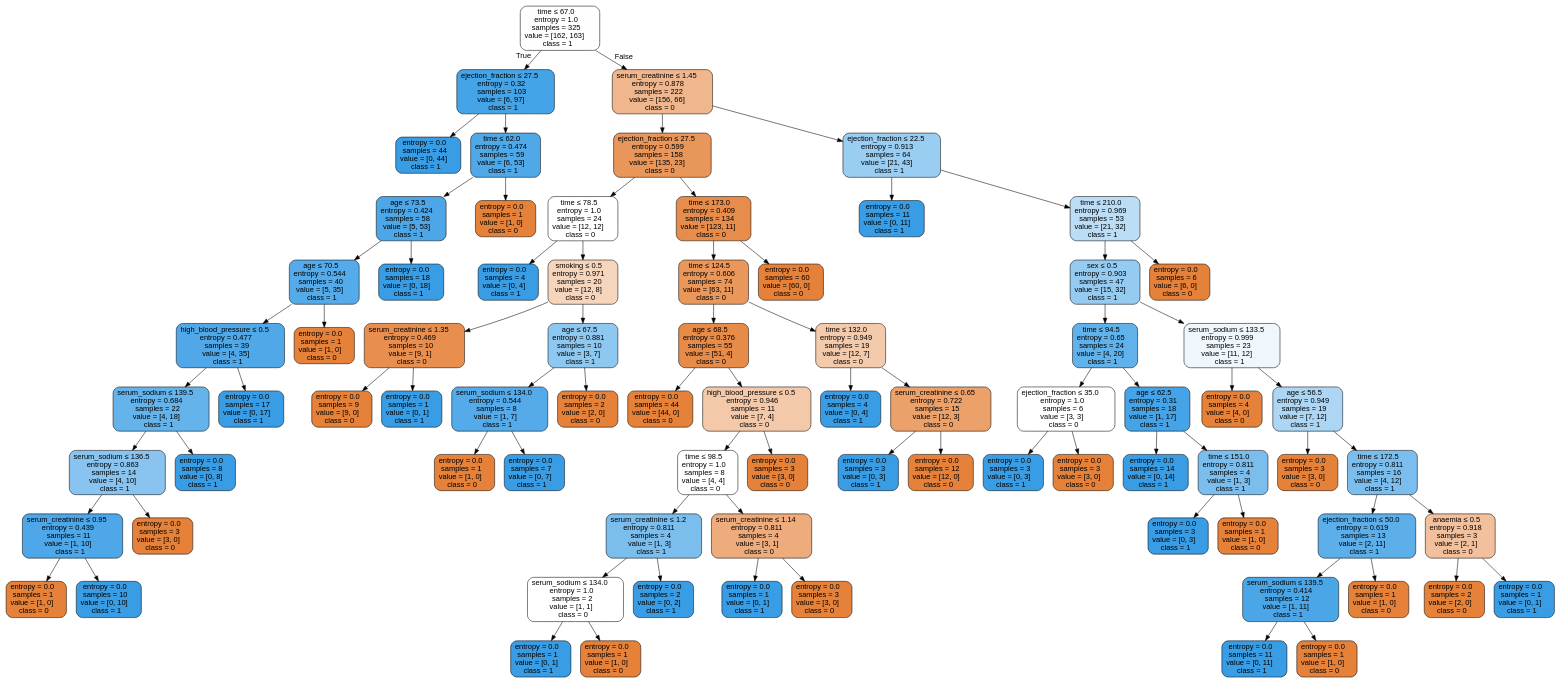
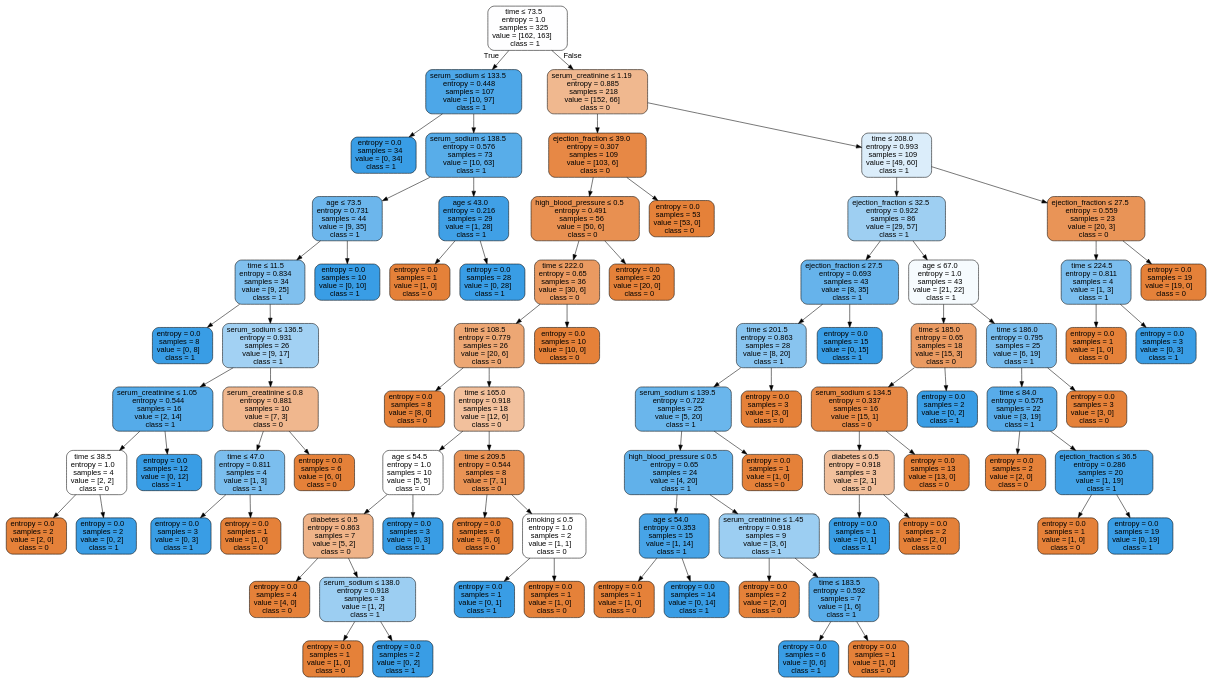
One commit to isabelSoares/CD-2021 changed the diagram in Labs/NewClassifiers/Results/DecisionTrees/SMOTE/ - No Outliers & Feature Selection/HFCR - SMOTE - dtree.dot. Above: the diagram before and after it, drawn with Graphviz. The commit also changed 275 other files, not shown here.

```diff
--- a/Labs/NewClassifiers/Results/DecisionTrees/SMOTE/ - No Outliers & Feature Selection/HFCR - SMOTE - dtree.dot
+++ b/Labs/NewClassifiers/Results/DecisionTrees/SMOTE/ - No Outliers & Feature Selection/HFCR - SMOTE - dtree.dot
@@ -1,161 +1,165 @@
 digraph Tree {
 node [shape=box, style="filled, rounded", color="black", fontname=helvetica] ;
 edge [fontname=helvetica] ;
-0 [label=<time &le; 67.0<br/>entropy = 1.0<br/>samples = 325<br/>value = [162, 163]<br/>class = 1>, fillcolor="#fefeff"] ;
-1 [label=<ejection_fraction &le; 27.5<br/>entropy = 0.32<br/>samples = 103<br/>value = [6, 97]<br/>class = 1>, fillcolor="#45a3e7"] ;
+0 [label=<time &le; 73.5<br/>entropy = 1.0<br/>samples = 325<br/>value = [162, 163]<br/>class = 1>, fillcolor="#fefeff"] ;
+1 [label=<serum_sodium &le; 133.5<br/>entropy = 0.448<br/>samples = 107<br/>value = [10, 97]<br/>class = 1>, fillcolor="#4da7e8"] ;
 0 -> 1 [labeldistance=2.5, labelangle=45, headlabel="True"] ;
-2 [label=<entropy = 0.0<br/>samples = 44<br/>value = [0, 44]<br/>class = 1>, fillcolor="#399de5"] ;
+2 [label=<entropy = 0.0<br/>samples = 34<br/>value = [0, 34]<br/>class = 1>, fillcolor="#399de5"] ;
 1 -> 2 ;
-3 [label=<time &le; 62.0<br/>entropy = 0.474<br/>samples = 59<br/>value = [6, 53]<br/>class = 1>, fillcolor="#4fa8e8"] ;
+3 [label=<serum_sodium &le; 138.5<br/>entropy = 0.576<br/>samples = 73<br/>value = [10, 63]<br/>class = 1>, fillcolor="#58ade9"] ;
 1 -> 3 ;
-4 [label=<age &le; 73.5<br/>entropy = 0.424<br/>samples = 58<br/>value = [5, 53]<br/>class = 1>, fillcolor="#4ca6e7"] ;
+4 [label=<age &le; 73.5<br/>entropy = 0.731<br/>samples = 44<br/>value = [9, 35]<br/>class = 1>, fillcolor="#6cb6ec"] ;
 3 -> 4 ;
-5 [label=<age &le; 70.5<br/>entropy = 0.544<br/>samples = 40<br/>value = [5, 35]<br/>class = 1>, fillcolor="#55abe9"] ;
+5 [label=<time &le; 11.5<br/>entropy = 0.834<br/>samples = 34<br/>value = [9, 25]<br/>class = 1>, fillcolor="#80c0ee"] ;
 4 -> 5 ;
-6 [label=<high_blood_pressure &le; 0.5<br/>entropy = 0.477<br/>samples = 39<br/>value = [4, 35]<br/>class = 1>, fillcolor="#50a8e8"] ;
+6 [label=<entropy = 0.0<br/>samples = 8<br/>value = [0, 8]<br/>class = 1>, fillcolor="#399de5"] ;
 5 -> 6 ;
-7 [label=<serum_sodium &le; 139.5<br/>entropy = 0.684<br/>samples = 22<br/>value = [4, 18]<br/>class = 1>, fillcolor="#65b3eb"] ;
-6 -> 7 ;
-8 [label=<serum_sodium &le; 136.5<br/>entropy = 0.863<br/>samples = 14<br/>value = [4, 10]<br/>class = 1>, fillcolor="#88c4ef"] ;
+7 [label=<serum_sodium &le; 136.5<br/>entropy = 0.931<br/>samples = 26<br/>value = [9, 17]<br/>class = 1>, fillcolor="#a2d1f3"] ;
+5 -> 7 ;
+8 [label=<serum_creatinine &le; 1.05<br/>entropy = 0.544<br/>samples = 16<br/>value = [2, 14]<br/>class = 1>, fillcolor="#55abe9"] ;
 7 -> 8 ;
-9 [label=<serum_creatinine &le; 0.95<br/>entropy = 0.439<br/>samples = 11<br/>value = [1, 10]<br/>class = 1>, fillcolor="#4da7e8"] ;
+9 [label=<time &le; 38.5<br/>entropy = 1.0<br/>samples = 4<br/>value = [2, 2]<br/>class = 0>, fillcolor="#ffffff"] ;
 8 -> 9 ;
-10 [label=<entropy = 0.0<br/>samples = 1<br/>value = [1, 0]<br/>class = 0>, fillcolor="#e58139"] ;
+10 [label=<entropy = 0.0<br/>samples = 2<br/>value = [2, 0]<br/>class = 0>, fillcolor="#e58139"] ;
 9 -> 10 ;
-11 [label=<entropy = 0.0<br/>samples = 10<br/>value = [0, 10]<br/>class = 1>, fillcolor="#399de5"] ;
+11 [label=<entropy = 0.0<br/>samples = 2<br/>value = [0, 2]<br/>class = 1>, fillcolor="#399de5"] ;
 9 -> 11 ;
-12 [label=<entropy = 0.0<br/>samples = 3<br/>value = [3, 0]<br/>class = 0>, fillcolor="#e58139"] ;
+12 [label=<entropy = 0.0<br/>samples = 12<br/>value = [0, 12]<br/>class = 1>, fillcolor="#399de5"] ;
 8 -> 12 ;
-13 [label=<entropy = 0.0<br/>samples = 8<br/>value = [0, 8]<br/>class = 1>, fillcolor="#399de5"] ;
+13 [label=<serum_creatinine &le; 0.8<br/>entropy = 0.881<br/>samples = 10<br/>value = [7, 3]<br/>class = 0>, fillcolor="#f0b78e"] ;
 7 -> 13 ;
-14 [label=<entropy = 0.0<br/>samples = 17<br/>value = [0, 17]<br/>class = 1>, fillcolor="#399de5"] ;
-6 -> 14 ;
-15 [label=<entropy = 0.0<br/>samples = 1<br/>value = [1, 0]<br/>class = 0>, fillcolor="#e58139"] ;
-5 -> 15 ;
-16 [label=<entropy = 0.0<br/>samples = 18<br/>value = [0, 18]<br/>class = 1>, fillcolor="#399de5"] ;
-4 -> 16 ;
-17 [label=<entropy = 0.0<br/>samples = 1<br/>value = [1, 0]<br/>class = 0>, fillcolor="#e58139"] ;
-3 -> 17 ;
-18 [label=<serum_creatinine &le; 1.45<br/>entropy = 0.878<br/>samples = 222<br/>value = [156, 66]<br/>class = 0>, fillcolor="#f0b68d"] ;
-0 -> 18 [labeldistance=2.5, labelangle=-45, headlabel="False"] ;
-19 [label=<ejection_fraction &le; 27.5<br/>entropy = 0.599<br/>samples = 158<br/>value = [135, 23]<br/>class = 0>, fillcolor="#e9965b"] ;
-18 -> 19 ;
-20 [label=<time &le; 78.5<br/>entropy = 1.0<br/>samples = 24<br/>value = [12, 12]<br/>class = 0>, fillcolor="#ffffff"] ;
+14 [label=<time &le; 47.0<br/>entropy = 0.811<br/>samples = 4<br/>value = [1, 3]<br/>class = 1>, fillcolor="#7bbeee"] ;
+13 -> 14 ;
+15 [label=<entropy = 0.0<br/>samples = 3<br/>value = [0, 3]<br/>class = 1>, fillcolor="#399de5"] ;
+14 -> 15 ;
+16 [label=<entropy = 0.0<br/>samples = 1<br/>value = [1, 0]<br/>class = 0>, fillcolor="#e58139"] ;
+14 -> 16 ;
+17 [label=<entropy = 0.0<br/>samples = 6<br/>value = [6, 0]<br/>class = 0>, fillcolor="#e58139"] ;
+13 -> 17 ;
+18 [label=<entropy = 0.0<br/>samples = 10<br/>value = [0, 10]<br/>class = 1>, fillcolor="#399de5"] ;
+4 -> 18 ;
+19 [label=<age &le; 43.0<br/>entropy = 0.216<br/>samples = 29<br/>value = [1, 28]<br/>class = 1>, fillcolor="#40a0e6"] ;
+3 -> 19 ;
+20 [label=<entropy = 0.0<br/>samples = 1<br/>value = [1, 0]<br/>class = 0>, fillcolor="#e58139"] ;
 19 -> 20 ;
-21 [label=<entropy = 0.0<br/>samples = 4<br/>value = [0, 4]<br/>class = 1>, fillcolor="#399de5"] ;
-20 -> 21 ;
-22 [label=<smoking &le; 0.5<br/>entropy = 0.971<br/>samples = 20<br/>value = [12, 8]<br/>class = 0>, fillcolor="#f6d5bd"] ;
-20 -> 22 ;
-23 [label=<serum_creatinine &le; 1.35<br/>entropy = 0.469<br/>samples = 10<br/>value = [9, 1]<br/>class = 0>, fillcolor="#e88f4f"] ;
+21 [label=<entropy = 0.0<br/>samples = 28<br/>value = [0, 28]<br/>class = 1>, fillcolor="#399de5"] ;
+19 -> 21 ;
+22 [label=<serum_creatinine &le; 1.19<br/>entropy = 0.885<br/>samples = 218<br/>value = [152, 66]<br/>class = 0>, fillcolor="#f0b88f"] ;
+0 -> 22 [labeldistance=2.5, labelangle=-45, headlabel="False"] ;
+23 [label=<ejection_fraction &le; 39.0<br/>entropy = 0.307<br/>samples = 109<br/>value = [103, 6]<br/>class = 0>, fillcolor="#e78845"] ;
 22 -> 23 ;
-24 [label=<entropy = 0.0<br/>samples = 9<br/>value = [9, 0]<br/>class = 0>, fillcolor="#e58139"] ;
+24 [label=<high_blood_pressure &le; 0.5<br/>entropy = 0.491<br/>samples = 56<br/>value = [50, 6]<br/>class = 0>, fillcolor="#e89051"] ;
 23 -> 24 ;
-25 [label=<entropy = 0.0<br/>samples = 1<br/>value = [0, 1]<br/>class = 1>, fillcolor="#399de5"] ;
-23 -> 25 ;
-26 [label=<age &le; 67.5<br/>entropy = 0.881<br/>samples = 10<br/>value = [3, 7]<br/>class = 1>, fillcolor="#8ec7f0"] ;
-22 -> 26 ;
-27 [label=<serum_sodium &le; 134.0<br/>entropy = 0.544<br/>samples = 8<br/>value = [1, 7]<br/>class = 1>, fillcolor="#55abe9"] ;
+25 [label=<time &le; 222.0<br/>entropy = 0.65<br/>samples = 36<br/>value = [30, 6]<br/>class = 0>, fillcolor="#ea9a61"] ;
+24 -> 25 ;
+26 [label=<time &le; 108.5<br/>entropy = 0.779<br/>samples = 26<br/>value = [20, 6]<br/>class = 0>, fillcolor="#eda774"] ;
+25 -> 26 ;
+27 [label=<entropy = 0.0<br/>samples = 8<br/>value = [8, 0]<br/>class = 0>, fillcolor="#e58139"] ;
 26 -> 27 ;
-28 [label=<entropy = 0.0<br/>samples = 1<br/>value = [1, 0]<br/>class = 0>, fillcolor="#e58139"] ;
-27 -> 28 ;
-29 [label=<entropy = 0.0<br/>samples = 7<br/>value = [0, 7]<br/>class = 1>, fillcolor="#399de5"] ;
-27 -> 29 ;
-30 [label=<entropy = 0.0<br/>samples = 2<br/>value = [2, 0]<br/>class = 0>, fillcolor="#e58139"] ;
-26 -> 30 ;
-31 [label=<time &le; 173.0<br/>entropy = 0.409<br/>samples = 134<br/>value = [123, 11]<br/>class = 0>, fillcolor="#e78c4b"] ;
-19 -> 31 ;
-32 [label=<time &le; 124.5<br/>entropy = 0.606<br/>samples = 74<br/>value = [63, 11]<br/>class = 0>, fillcolor="#ea975c"] ;
-31 -> 32 ;
-33 [label=<age &le; 68.5<br/>entropy = 0.376<br/>samples = 55<br/>value = [51, 4]<br/>class = 0>, fillcolor="#e78b49"] ;
+28 [label=<time &le; 165.0<br/>entropy = 0.918<br/>samples = 18<br/>value = [12, 6]<br/>class = 0>, fillcolor="#f2c09c"] ;
+26 -> 28 ;
+29 [label=<age &le; 54.5<br/>entropy = 1.0<br/>samples = 10<br/>value = [5, 5]<br/>class = 0>, fillcolor="#ffffff"] ;
+28 -> 29 ;
+30 [label=<diabetes &le; 0.5<br/>entropy = 0.863<br/>samples = 7<br/>value = [5, 2]<br/>class = 0>, fillcolor="#efb388"] ;
+29 -> 30 ;
+31 [label=<entropy = 0.0<br/>samples = 4<br/>value = [4, 0]<br/>class = 0>, fillcolor="#e58139"] ;
+30 -> 31 ;
+32 [label=<serum_sodium &le; 138.0<br/>entropy = 0.918<br/>samples = 3<br/>value = [1, 2]<br/>class = 1>, fillcolor="#9ccef2"] ;
+30 -> 32 ;
+33 [label=<entropy = 0.0<br/>samples = 1<br/>value = [1, 0]<br/>class = 0>, fillcolor="#e58139"] ;
 32 -> 33 ;
-34 [label=<entropy = 0.0<br/>samples = 44<br/>value = [44, 0]<br/>class = 0>, fillcolor="#e58139"] ;
-33 -> 34 ;
-35 [label=<high_blood_pressure &le; 0.5<br/>entropy = 0.946<br/>samples = 11<br/>value = [7, 4]<br/>class = 0>, fillcolor="#f4c9aa"] ;
-33 -> 35 ;
-36 [label=<time &le; 98.5<br/>entropy = 1.0<br/>samples = 8<br/>value = [4, 4]<br/>class = 0>, fillcolor="#ffffff"] ;
-35 -> 36 ;
-37 [label=<serum_creatinine &le; 1.2<br/>entropy = 0.811<br/>samples = 4<br/>value = [1, 3]<br/>class = 1>, fillcolor="#7bbeee"] ;
+34 [label=<entropy = 0.0<br/>samples = 2<br/>value = [0, 2]<br/>class = 1>, fillcolor="#399de5"] ;
+32 -> 34 ;
+35 [label=<entropy = 0.0<br/>samples = 3<br/>value = [0, 3]<br/>class = 1>, fillcolor="#399de5"] ;
+29 -> 35 ;
+36 [label=<time &le; 209.5<br/>entropy = 0.544<br/>samples = 8<br/>value = [7, 1]<br/>class = 0>, fillcolor="#e99355"] ;
+28 -> 36 ;
+37 [label=<entropy = 0.0<br/>samples = 6<br/>value = [6, 0]<br/>class = 0>, fillcolor="#e58139"] ;
 36 -> 37 ;
-38 [label=<serum_sodium &le; 134.0<br/>entropy = 1.0<br/>samples = 2<br/>value = [1, 1]<br/>class = 0>, fillcolor="#ffffff"] ;
-37 -> 38 ;
+38 [label=<smoking &le; 0.5<br/>entropy = 1.0<br/>samples = 2<br/>value = [1, 1]<br/>class = 0>, fillcolor="#ffffff"] ;
+36 -> 38 ;
 39 [label=<entropy = 0.0<br/>samples = 1<br/>value = [0, 1]<br/>class = 1>, fillcolor="#399de5"] ;
 38 -> 39 ;
 40 [label=<entropy = 0.0<br/>samples = 1<br/>value = [1, 0]<br/>class = 0>, fillcolor="#e58139"] ;
 38 -> 40 ;
-41 [label=<entropy = 0.0<br/>samples = 2<br/>value = [0, 2]<br/>class = 1>, fillcolor="#399de5"] ;
-37 -> 41 ;
-42 [label=<serum_creatinine &le; 1.14<br/>entropy = 0.811<br/>samples = 4<br/>value = [3, 1]<br/>class = 0>, fillcolor="#eeab7b"] ;
-36 -> 42 ;
-43 [label=<entropy = 0.0<br/>samples = 1<br/>value = [0, 1]<br/>class = 1>, fillcolor="#399de5"] ;
-42 -> 43 ;
-44 [label=<entropy = 0.0<br/>samples = 3<br/>value = [3, 0]<br/>class = 0>, fillcolor="#e58139"] ;
-42 -> 44 ;
-45 [label=<entropy = 0.0<br/>samples = 3<br/>value = [3, 0]<br/>class = 0>, fillcolor="#e58139"] ;
-35 -> 45 ;
-46 [label=<time &le; 132.0<br/>entropy = 0.949<br/>samples = 19<br/>value = [12, 7]<br/>class = 0>, fillcolor="#f4caac"] ;
-32 -> 46 ;
-47 [label=<entropy = 0.0<br/>samples = 4<br/>value = [0, 4]<br/>class = 1>, fillcolor="#399de5"] ;
+41 [label=<entropy = 0.0<br/>samples = 10<br/>value = [10, 0]<br/>class = 0>, fillcolor="#e58139"] ;
+25 -> 41 ;
+42 [label=<entropy = 0.0<br/>samples = 20<br/>value = [20, 0]<br/>class = 0>, fillcolor="#e58139"] ;
+24 -> 42 ;
+43 [label=<entropy = 0.0<br/>samples = 53<br/>value = [53, 0]<br/>class = 0>, fillcolor="#e58139"] ;
+23 -> 43 ;
+44 [label=<time &le; 208.0<br/>entropy = 0.993<br/>samples = 109<br/>value = [49, 60]<br/>class = 1>, fillcolor="#dbedfa"] ;
+22 -> 44 ;
+45 [label=<ejection_fraction &le; 32.5<br/>entropy = 0.922<br/>samples = 86<br/>value = [29, 57]<br/>class = 1>, fillcolor="#9ecff2"] ;
+44 -> 45 ;
+46 [label=<ejection_fraction &le; 27.5<br/>entropy = 0.693<br/>samples = 43<br/>value = [8, 35]<br/>class = 1>, fillcolor="#66b3eb"] ;
+45 -> 46 ;
+47 [label=<time &le; 201.5<br/>entropy = 0.863<br/>samples = 28<br/>value = [8, 20]<br/>class = 1>, fillcolor="#88c4ef"] ;
 46 -> 47 ;
-48 [label=<serum_creatinine &le; 0.65<br/>entropy = 0.722<br/>samples = 15<br/>value = [12, 3]<br/>class = 0>, fillcolor="#eca06a"] ;
-46 -> 48 ;
-49 [label=<entropy = 0.0<br/>samples = 3<br/>value = [0, 3]<br/>class = 1>, fillcolor="#399de5"] ;
+48 [label=<serum_sodium &le; 139.5<br/>entropy = 0.722<br/>samples = 25<br/>value = [5, 20]<br/>class = 1>, fillcolor="#6ab6ec"] ;
+47 -> 48 ;
+49 [label=<high_blood_pressure &le; 0.5<br/>entropy = 0.65<br/>samples = 24<br/>value = [4, 20]<br/>class = 1>, fillcolor="#61b1ea"] ;
 48 -> 49 ;
-50 [label=<entropy = 0.0<br/>samples = 12<br/>value = [12, 0]<br/>class = 0>, fillcolor="#e58139"] ;
-48 -> 50 ;
-51 [label=<entropy = 0.0<br/>samples = 60<br/>value = [60, 0]<br/>class = 0>, fillcolor="#e58139"] ;
-31 -> 51 ;
-52 [label=<ejection_fraction &le; 22.5<br/>entropy = 0.913<br/>samples = 64<br/>value = [21, 43]<br/>class = 1>, fillcolor="#9acdf2"] ;
-18 -> 52 ;
-53 [label=<entropy = 0.0<br/>samples = 11<br/>value = [0, 11]<br/>class = 1>, fillcolor="#399de5"] ;
-52 -> 53 ;
-54 [label=<time &le; 210.0<br/>entropy = 0.969<br/>samples = 53<br/>value = [21, 32]<br/>class = 1>, fillcolor="#bbddf6"] ;
-52 -> 54 ;
-55 [label=<sex &le; 0.5<br/>entropy = 0.903<br/>samples = 47<br/>value = [15, 32]<br/>class = 1>, fillcolor="#96cbf1"] ;
-54 -> 55 ;
-56 [label=<time &le; 94.5<br/>entropy = 0.65<br/>samples = 24<br/>value = [4, 20]<br/>class = 1>, fillcolor="#61b1ea"] ;
+50 [label=<age &le; 54.0<br/>entropy = 0.353<br/>samples = 15<br/>value = [1, 14]<br/>class = 1>, fillcolor="#47a4e7"] ;
+49 -> 50 ;
+51 [label=<entropy = 0.0<br/>samples = 1<br/>value = [1, 0]<br/>class = 0>, fillcolor="#e58139"] ;
+50 -> 51 ;
+52 [label=<entropy = 0.0<br/>samples = 14<br/>value = [0, 14]<br/>class = 1>, fillcolor="#399de5"] ;
+50 -> 52 ;
+53 [label=<serum_creatinine &le; 1.45<br/>entropy = 0.918<br/>samples = 9<br/>value = [3, 6]<br/>class = 1>, fillcolor="#9ccef2"] ;
+49 -> 53 ;
+54 [label=<entropy = 0.0<br/>samples = 2<br/>value = [2, 0]<br/>class = 0>, fillcolor="#e58139"] ;
+53 -> 54 ;
+55 [label=<time &le; 183.5<br/>entropy = 0.592<br/>samples = 7<br/>value = [1, 6]<br/>class = 1>, fillcolor="#5aade9"] ;
+53 -> 55 ;
+56 [label=<entropy = 0.0<br/>samples = 6<br/>value = [0, 6]<br/>class = 1>, fillcolor="#399de5"] ;
 55 -> 56 ;
-57 [label=<ejection_fraction &le; 35.0<br/>entropy = 1.0<br/>samples = 6<br/>value = [3, 3]<br/>class = 0>, fillcolor="#ffffff"] ;
-56 -> 57 ;
-58 [label=<entropy = 0.0<br/>samples = 3<br/>value = [0, 3]<br/>class = 1>, fillcolor="#399de5"] ;
-57 -> 58 ;
+57 [label=<entropy = 0.0<br/>samples = 1<br/>value = [1, 0]<br/>class = 0>, fillcolor="#e58139"] ;
+55 -> 57 ;
+58 [label=<entropy = 0.0<br/>samples = 1<br/>value = [1, 0]<br/>class = 0>, fillcolor="#e58139"] ;
+48 -> 58 ;
 59 [label=<entropy = 0.0<br/>samples = 3<br/>value = [3, 0]<br/>class = 0>, fillcolor="#e58139"] ;
-57 -> 59 ;
-60 [label=<age &le; 62.5<br/>entropy = 0.31<br/>samples = 18<br/>value = [1, 17]<br/>class = 1>, fillcolor="#45a3e7"] ;
-56 -> 60 ;
-61 [label=<entropy = 0.0<br/>samples = 14<br/>value = [0, 14]<br/>class = 1>, fillcolor="#399de5"] ;
-60 -> 61 ;
-62 [label=<time &le; 151.0<br/>entropy = 0.811<br/>samples = 4<br/>value = [1, 3]<br/>class = 1>, fillcolor="#7bbeee"] ;
-60 -> 62 ;
-63 [label=<entropy = 0.0<br/>samples = 3<br/>value = [0, 3]<br/>class = 1>, fillcolor="#399de5"] ;
+47 -> 59 ;
+60 [label=<entropy = 0.0<br/>samples = 15<br/>value = [0, 15]<br/>class = 1>, fillcolor="#399de5"] ;
+46 -> 60 ;
+61 [label=<age &le; 67.0<br/>entropy = 1.0<br/>samples = 43<br/>value = [21, 22]<br/>class = 1>, fillcolor="#f6fbfe"] ;
+45 -> 61 ;
+62 [label=<time &le; 185.0<br/>entropy = 0.65<br/>samples = 18<br/>value = [15, 3]<br/>class = 0>, fillcolor="#ea9a61"] ;
+61 -> 62 ;
+63 [label=<serum_sodium &le; 134.5<br/>entropy = 0.337<br/>samples = 16<br/>value = [15, 1]<br/>class = 0>, fillcolor="#e78946"] ;
 62 -> 63 ;
-64 [label=<entropy = 0.0<br/>samples = 1<br/>value = [1, 0]<br/>class = 0>, fillcolor="#e58139"] ;
-62 -> 64 ;
-65 [label=<serum_sodium &le; 133.5<br/>entropy = 0.999<br/>samples = 23<br/>value = [11, 12]<br/>class = 1>, fillcolor="#eff7fd"] ;
-55 -> 65 ;
-66 [label=<entropy = 0.0<br/>samples = 4<br/>value = [4, 0]<br/>class = 0>, fillcolor="#e58139"] ;
-65 -> 66 ;
-67 [label=<age &le; 56.5<br/>entropy = 0.949<br/>samples = 19<br/>value = [7, 12]<br/>class = 1>, fillcolor="#acd6f4"] ;
-65 -> 67 ;
-68 [label=<entropy = 0.0<br/>samples = 3<br/>value = [3, 0]<br/>class = 0>, fillcolor="#e58139"] ;
-67 -> 68 ;
-69 [label=<time &le; 172.5<br/>entropy = 0.811<br/>samples = 16<br/>value = [4, 12]<br/>class = 1>, fillcolor="#7bbeee"] ;
-67 -> 69 ;
-70 [label=<ejection_fraction &le; 50.0<br/>entropy = 0.619<br/>samples = 13<br/>value = [2, 11]<br/>class = 1>, fillcolor="#5dafea"] ;
+64 [label=<diabetes &le; 0.5<br/>entropy = 0.918<br/>samples = 3<br/>value = [2, 1]<br/>class = 0>, fillcolor="#f2c09c"] ;
+63 -> 64 ;
+65 [label=<entropy = 0.0<br/>samples = 1<br/>value = [0, 1]<br/>class = 1>, fillcolor="#399de5"] ;
+64 -> 65 ;
+66 [label=<entropy = 0.0<br/>samples = 2<br/>value = [2, 0]<br/>class = 0>, fillcolor="#e58139"] ;
+64 -> 66 ;
+67 [label=<entropy = 0.0<br/>samples = 13<br/>value = [13, 0]<br/>class = 0>, fillcolor="#e58139"] ;
+63 -> 67 ;
+68 [label=<entropy = 0.0<br/>samples = 2<br/>value = [0, 2]<br/>class = 1>, fillcolor="#399de5"] ;
+62 -> 68 ;
+69 [label=<time &le; 186.0<br/>entropy = 0.795<br/>samples = 25<br/>value = [6, 19]<br/>class = 1>, fillcolor="#78bced"] ;
+61 -> 69 ;
+70 [label=<time &le; 84.0<br/>entropy = 0.575<br/>samples = 22<br/>value = [3, 19]<br/>class = 1>, fillcolor="#58ace9"] ;
 69 -> 70 ;
-71 [label=<serum_sodium &le; 139.5<br/>entropy = 0.414<br/>samples = 12<br/>value = [1, 11]<br/>class = 1>, fillcolor="#4ba6e7"] ;
+71 [label=<entropy = 0.0<br/>samples = 2<br/>value = [2, 0]<br/>class = 0>, fillcolor="#e58139"] ;
 70 -> 71 ;
-72 [label=<entropy = 0.0<br/>samples = 11<br/>value = [0, 11]<br/>class = 1>, fillcolor="#399de5"] ;
-71 -> 72 ;
+72 [label=<ejection_fraction &le; 36.5<br/>entropy = 0.286<br/>samples = 20<br/>value = [1, 19]<br/>class = 1>, fillcolor="#43a2e6"] ;
+70 -> 72 ;
 73 [label=<entropy = 0.0<br/>samples = 1<br/>value = [1, 0]<br/>class = 0>, fillcolor="#e58139"] ;
-71 -> 73 ;
-74 [label=<entropy = 0.0<br/>samples = 1<br/>value = [1, 0]<br/>class = 0>, fillcolor="#e58139"] ;
-70 -> 74 ;
-75 [label=<anaemia &le; 0.5<br/>entropy = 0.918<br/>samples = 3<br/>value = [2, 1]<br/>class = 0>, fillcolor="#f2c09c"] ;
+72 -> 73 ;
+74 [label=<entropy = 0.0<br/>samples = 19<br/>value = [0, 19]<br/>class = 1>, fillcolor="#399de5"] ;
+72 -> 74 ;
+75 [label=<entropy = 0.0<br/>samples = 3<br/>value = [3, 0]<br/>class = 0>, fillcolor="#e58139"] ;
 69 -> 75 ;
-76 [label=<entropy = 0.0<br/>samples = 2<br/>value = [2, 0]<br/>class = 0>, fillcolor="#e58139"] ;
-75 -> 76 ;
-77 [label=<entropy = 0.0<br/>samples = 1<br/>value = [0, 1]<br/>class = 1>, fillcolor="#399de5"] ;
-75 -> 77 ;
-78 [label=<entropy = 0.0<br/>samples = 6<br/>value = [6, 0]<br/>class = 0>, fillcolor="#e58139"] ;
-54 -> 78 ;
+76 [label=<ejection_fraction &le; 27.5<br/>entropy = 0.559<br/>samples = 23<br/>value = [20, 3]<br/>class = 0>, fillcolor="#e99457"] ;
+44 -> 76 ;
+77 [label=<time &le; 224.5<br/>entropy = 0.811<br/>samples = 4<br/>value = [1, 3]<br/>class = 1>, fillcolor="#7bbeee"] ;
+76 -> 77 ;
+78 [label=<entropy = 0.0<br/>samples = 1<br/>value = [1, 0]<br/>class = 0>, fillcolor="#e58139"] ;
+77 -> 78 ;
+79 [label=<entropy = 0.0<br/>samples = 3<br/>value = [0, 3]<br/>class = 1>, fillcolor="#399de5"] ;
+77 -> 79 ;
+80 [label=<entropy = 0.0<br/>samples = 19<br/>value = [19, 0]<br/>class = 0>, fillcolor="#e58139"] ;
+76 -> 80 ;
 }
```
